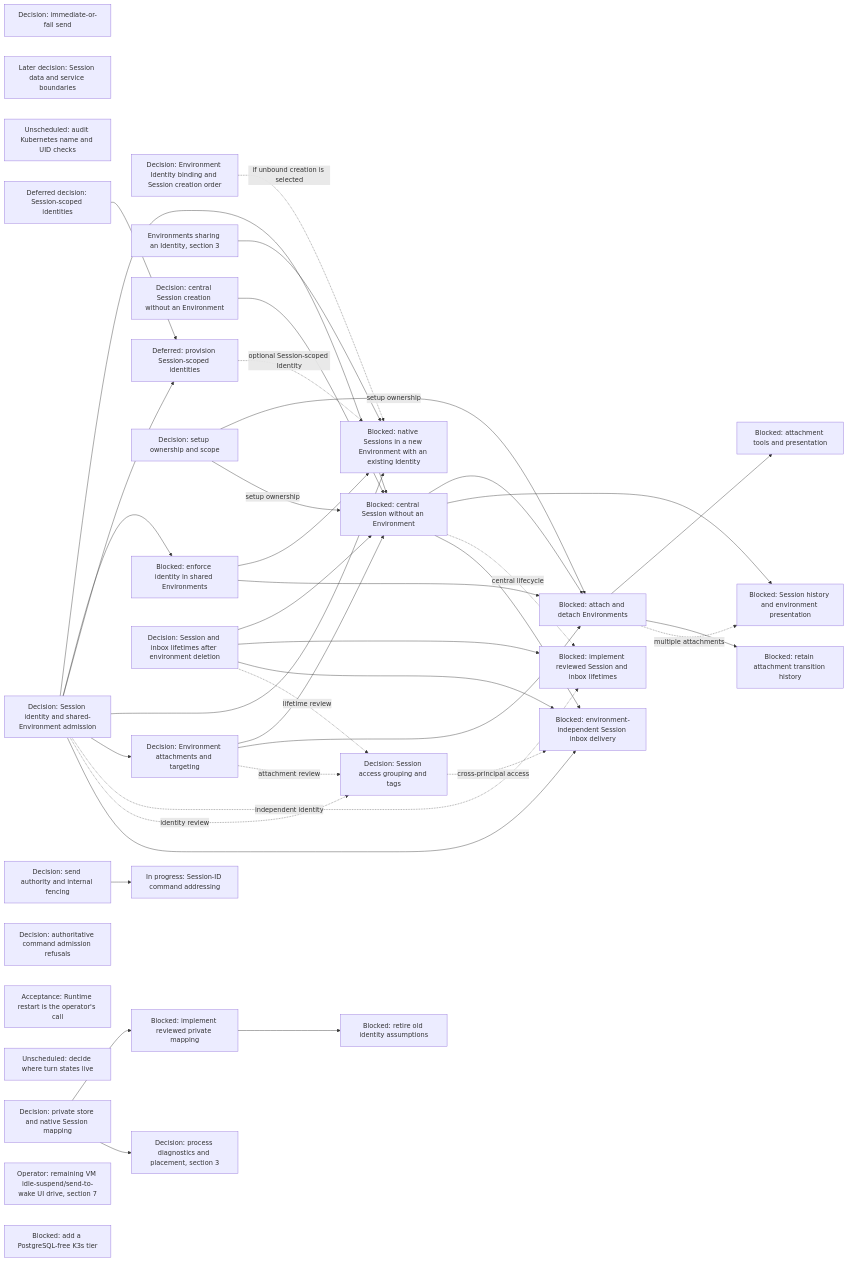
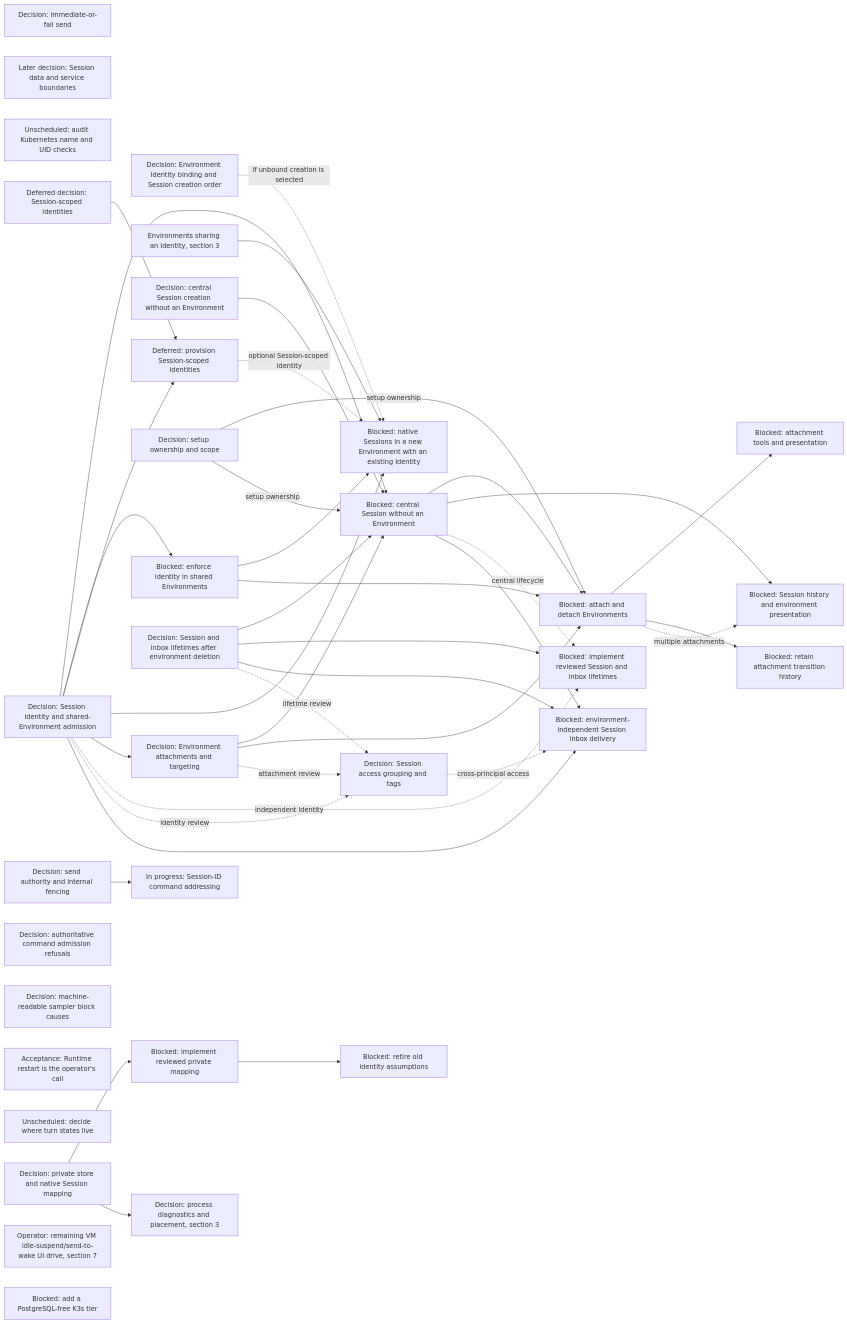
Before and after one commit to agentydragon/ducktape: diagram 14 of 18 in agentplane/plans/task_dag.md, drawn with Mermaid. The commit also changed other lines of this file and 1 other file, not shown here.

First line of the commit message:
Track typed sampler block cause decision (#20584)

````diff
--- a/agentplane/plans/task_dag.md
+++ b/agentplane/plans/task_dag.md
@@ -2633,72 +2633,73 @@
 ```mermaid
 flowchart LR
     DISPATCHER_PERSISTENCE_MODEL_DESIGN[Decision: immediate-or-fail send]
     SESSION_DATA_OWNERSHIP_DESIGN[Later decision: Session data and service boundaries]
     KUBERNETES_UID_CHECK_AUDIT[Unscheduled: audit Kubernetes name and UID checks]
     SESSION_IDENTITY_CONTRACT[Decision: Session identity and shared-Environment admission]
     ENVIRONMENT_IDENTITY_BINDING_DESIGN[Decision: Environment Identity binding and Session creation order]
     SESSION_IDENTITY_PROVISIONING_DESIGN[Deferred decision: Session-scoped identities]
     SESSION_MANAGED_IDENTITY[Deferred: provision Session-scoped identities]
     SESSION_NATIVE_IDENTITY_WORKFLOW[Blocked: native Sessions in a new Environment with an existing Identity]
     ENVIRONMENT_SHARED_IDENTITY[Environments sharing an Identity, section 3]
     SESSION_ACCESS_GROUPING_DESIGN[Decision: Session access grouping and tags]
     CENTRAL_SESSION_CREATION_CONTRACT[Decision: central Session creation without an Environment]
     SESSION_ATTACHMENT_CONTRACT[Decision: Environment attachments and targeting]
     SESSION_ENVIRONMENT_SETUP_DESIGN[Decision: setup ownership and scope]
     SESSION_IDENTITY_ENFORCEMENT[Blocked: enforce identity in shared Environments]
     CENTRAL_SESSION_WITHOUT_ENVIRONMENT[Blocked: central Session without an Environment]
     SESSION_ENV_ATTACHMENTS[Blocked: attach and detach Environments]
     SESSION_ATTACHMENT_SURFACES[Blocked: attachment tools and presentation]
     SESSION_ATTACHMENT_HISTORY[Blocked: retain attachment transition history]
     SESSION_LIFETIME_IMPLEMENTATION[Blocked: implement reviewed Session and inbox lifetimes]
     CENTRAL_SESSION_NOTIFICATIONS[Blocked: environment-independent Session inbox delivery]
     DELIVERY_DESTINATION_AUTHORITY_DESIGN[Decision: send authority and internal fencing]
     COMMAND_ADMISSION_REFUSAL_DESIGN[Decision: authoritative command admission refusals]
+    SAMPLER_BLOCK_CAUSE_DESIGN[Decision: machine-readable sampler block causes]
     SESSION_AND_INBOX_LIFETIME[Decision: Session and inbox lifetimes after environment deletion]
     DELIVERY_DESTINATION_CONTRACT[In progress: Session-ID command addressing]
     SESSION_HISTORY_PRESENTATION[Blocked: Session history and environment presentation]
     DISPATCHER_RUNNING_STATUS[Acceptance: Runtime restart is the operator's call]
     TURN_STATE_PLACEMENT_DESIGN[Unscheduled: decide where turn states live]
     SESSION_IDENTITY_CONTRACT --> CENTRAL_SESSION_WITHOUT_ENVIRONMENT
     CENTRAL_SESSION_CREATION_CONTRACT --> CENTRAL_SESSION_WITHOUT_ENVIRONMENT
     SESSION_ATTACHMENT_CONTRACT --> CENTRAL_SESSION_WITHOUT_ENVIRONMENT
     SESSION_AND_INBOX_LIFETIME --> CENTRAL_SESSION_WITHOUT_ENVIRONMENT
     SESSION_IDENTITY_CONTRACT --> SESSION_IDENTITY_ENFORCEMENT
     SESSION_IDENTITY_CONTRACT --> SESSION_MANAGED_IDENTITY
     SESSION_IDENTITY_PROVISIONING_DESIGN --> SESSION_MANAGED_IDENTITY
     SESSION_IDENTITY_CONTRACT --> SESSION_NATIVE_IDENTITY_WORKFLOW
     ENVIRONMENT_IDENTITY_BINDING_DESIGN -. if unbound creation is selected .-> SESSION_NATIVE_IDENTITY_WORKFLOW
     SESSION_MANAGED_IDENTITY -. optional Session-scoped Identity .-> SESSION_NATIVE_IDENTITY_WORKFLOW
     ENVIRONMENT_SHARED_IDENTITY --> SESSION_NATIVE_IDENTITY_WORKFLOW
     SESSION_IDENTITY_ENFORCEMENT --> SESSION_NATIVE_IDENTITY_WORKFLOW
     SESSION_IDENTITY_CONTRACT --> SESSION_ATTACHMENT_CONTRACT
     SESSION_ATTACHMENT_CONTRACT --> SESSION_ENV_ATTACHMENTS
     SESSION_ENVIRONMENT_SETUP_DESIGN -- setup ownership --> SESSION_ENV_ATTACHMENTS
     SESSION_ENVIRONMENT_SETUP_DESIGN -- setup ownership --> CENTRAL_SESSION_WITHOUT_ENVIRONMENT
     SESSION_IDENTITY_ENFORCEMENT --> SESSION_ENV_ATTACHMENTS
     CENTRAL_SESSION_WITHOUT_ENVIRONMENT --> SESSION_ENV_ATTACHMENTS
     SESSION_ENV_ATTACHMENTS --> SESSION_ATTACHMENT_SURFACES
     SESSION_ENV_ATTACHMENTS --> SESSION_ATTACHMENT_HISTORY
     CENTRAL_SESSION_WITHOUT_ENVIRONMENT --> SESSION_HISTORY_PRESENTATION
     SESSION_ENV_ATTACHMENTS -. multiple attachments .-> SESSION_HISTORY_PRESENTATION
     SESSION_AND_INBOX_LIFETIME --> SESSION_LIFETIME_IMPLEMENTATION
     SESSION_IDENTITY_CONTRACT -. independent identity .-> SESSION_LIFETIME_IMPLEMENTATION
     CENTRAL_SESSION_WITHOUT_ENVIRONMENT -. central lifecycle .-> SESSION_LIFETIME_IMPLEMENTATION
     SESSION_AND_INBOX_LIFETIME --> CENTRAL_SESSION_NOTIFICATIONS
     SESSION_IDENTITY_CONTRACT -. identity review .-> SESSION_ACCESS_GROUPING_DESIGN
     SESSION_ATTACHMENT_CONTRACT -. attachment review .-> SESSION_ACCESS_GROUPING_DESIGN
     SESSION_AND_INBOX_LIFETIME -. lifetime review .-> SESSION_ACCESS_GROUPING_DESIGN
     SESSION_ACCESS_GROUPING_DESIGN -. cross-principal access .-> CENTRAL_SESSION_NOTIFICATIONS
     SESSION_IDENTITY_CONTRACT --> CENTRAL_SESSION_NOTIFICATIONS
     CENTRAL_SESSION_WITHOUT_ENVIRONMENT --> CENTRAL_SESSION_NOTIFICATIONS
     HARNESS_IDENTITY_DESIGN[Decision: private store and native Session mapping]
     RUNNER_STORE_SESSION_IDENTITY[Blocked: implement reviewed private mapping]
     RUNNER_IDENTITY_LEGACY_CLEANUP[Blocked: retire old identity assumptions]
     IDLE_SUSPEND_UI_DRIVE[Operator: remaining VM idle-suspend/send-to-wake UI drive, section 7]
     RUNNER_HARNESS_OBJECTS_DESIGN[Decision: process diagnostics and placement, section 3]
     CNPG_FREE_K3S_INTEGRATION_TIER[Blocked: add a PostgreSQL-free K3s tier]
     DELIVERY_DESTINATION_AUTHORITY_DESIGN --> DELIVERY_DESTINATION_CONTRACT
     RUNNER_STORE_SESSION_IDENTITY --> RUNNER_IDENTITY_LEGACY_CLEANUP
     HARNESS_IDENTITY_DESIGN --> RUNNER_STORE_SESSION_IDENTITY
     HARNESS_IDENTITY_DESIGN --> RUNNER_HARNESS_OBJECTS_DESIGN
 ```
````
